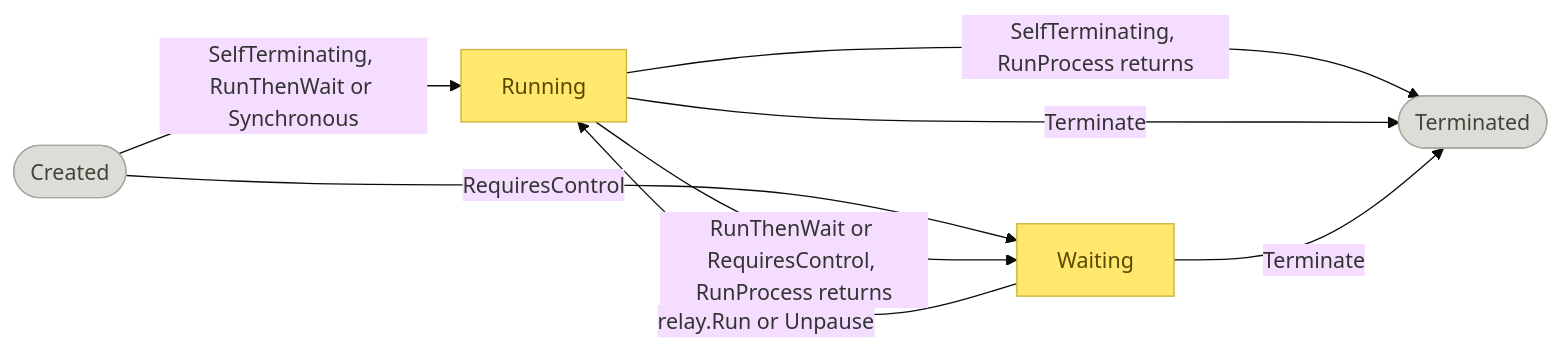
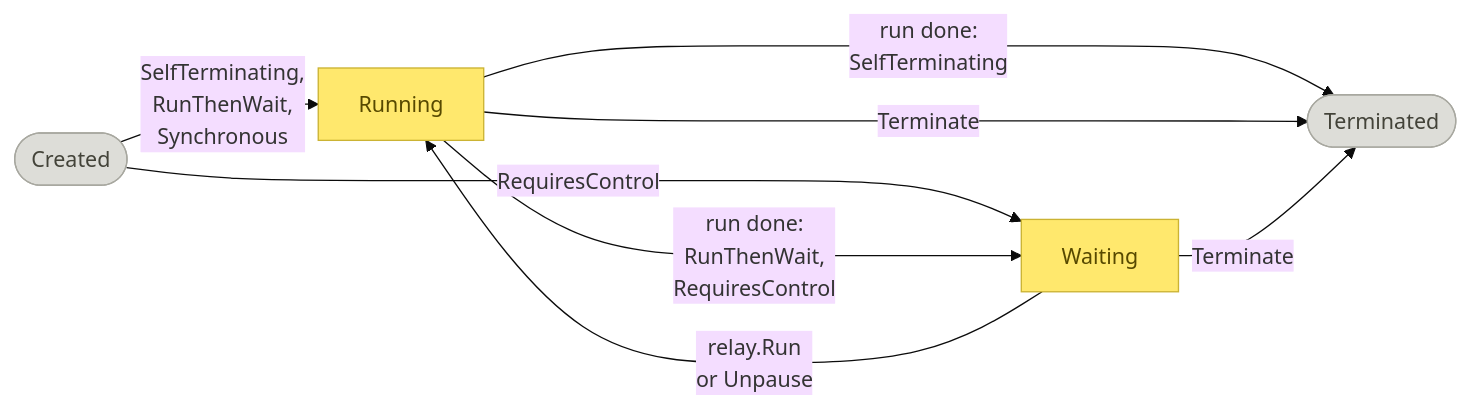
The diagram in docfx/diagrams/2.4-process-lifecycles.mmd (gabedvdsn/PlayForge), drawn with Mermaid (base theme) before and after one commit. The commit also changed 4 other files, not shown here.

First line of the commit message:
EP-82: the docs' flowcharts drawn in rows, not one long column

```diff
--- a/docfx/diagrams/2.4-process-lifecycles.mmd
+++ b/docfx/diagrams/2.4-process-lifecycles.mmd
@@ -1,14 +1,20 @@
+---
+config:
+  flowchart:
+    nodeSpacing: 40
+    rankSpacing: 20
+---
 flowchart LR
 classDef general fill:#FFE86D,stroke:#CBB333,color:#574900
 classDef terminator fill:#DDDDD8,stroke:#A8A8A0,color:#434339
 c(["Created"]):::terminator
 r["Running"]:::general
 w["Waiting"]:::general
 t(["Terminated"]):::terminator
-c -->|SelfTerminating, RunThenWait or Synchronous| r
+c -->|"SelfTerminating,<br/>RunThenWait,<br/>Synchronous"| r
 c -->|RequiresControl| w
-w -->|relay.Run or Unpause| r
-r -->|RunThenWait or RequiresControl, RunProcess returns| w
-r -->|SelfTerminating, RunProcess returns| t
+w --->|"relay.Run<br/>or Unpause"| r
+r -->|"run done:<br/>RunThenWait,<br/>RequiresControl"| w
+r -->|"run done:<br/>SelfTerminating"| t
 r -->|Terminate| t
 w -->|Terminate| t
```
